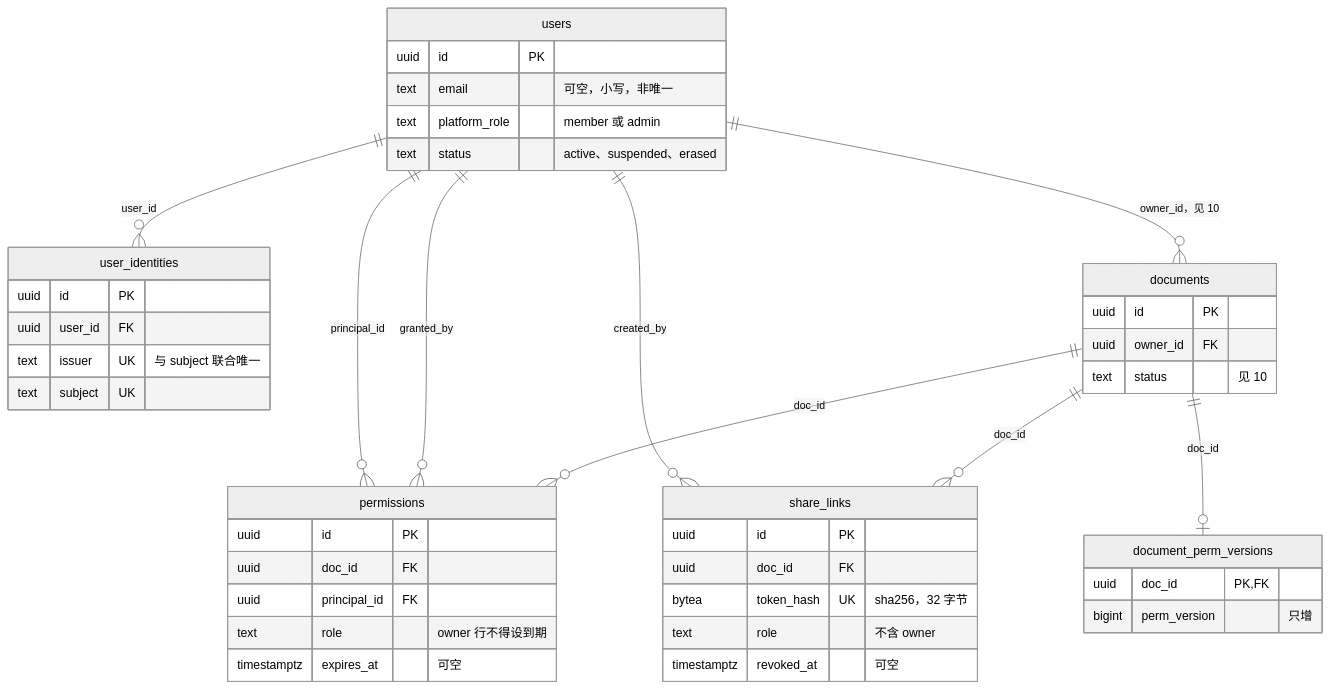
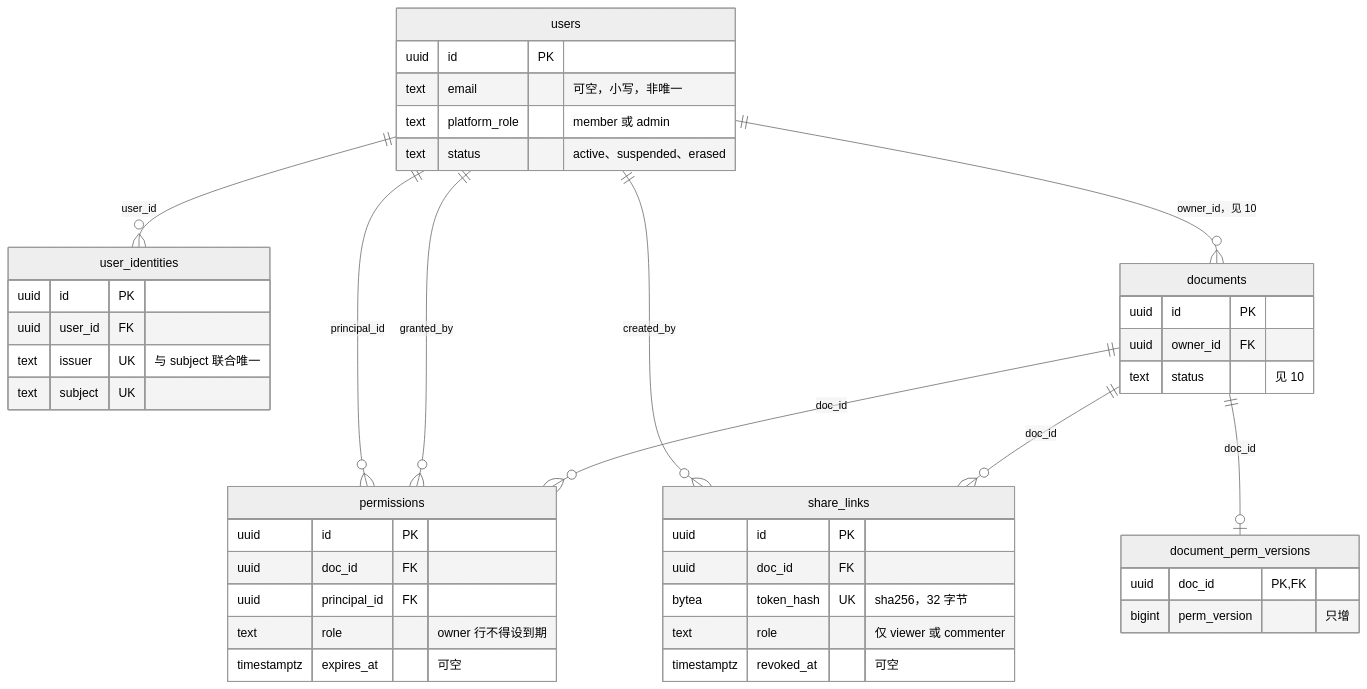
The second of 3 diagrams in docs/60-backend/09-ddl-identity-and-access.md (Xeonice/cordis-ppt-editor), drawn with Mermaid (neutral theme) before and after one commit. The commit also changed other lines of this file and 16 other files, not shown here.

````diff
--- a/docs/60-backend/09-ddl-identity-and-access.md
+++ b/docs/60-backend/09-ddl-identity-and-access.md
@@ -769,17 +769,17 @@
 ```mermaid
 erDiagram
   users ||--o{ user_identities : "user_id"
   users ||--o{ permissions : "principal_id"
   users ||--o{ permissions : "granted_by"
   users ||--o{ share_links : "created_by"
   users ||--o{ documents : "owner_id，见 10"
   documents ||--o{ permissions : "doc_id"
   documents ||--o| document_perm_versions : "doc_id"
   documents ||--o{ share_links : "doc_id"
   users { uuid id PK text email "可空，小写，非唯一" text platform_role "member 或 admin" text status "active、suspended、erased" }
   user_identities { uuid id PK uuid user_id FK text issuer UK "与 subject 联合唯一" text subject UK }
   permissions { uuid id PK uuid doc_id FK uuid principal_id FK text role "owner 行不得设到期" timestamptz expires_at "可空" }
   document_perm_versions { uuid doc_id PK,FK bigint perm_version "只增" }
-  share_links { uuid id PK uuid doc_id FK bytea token_hash UK "sha256，32 字节" text role "不含 owner" timestamptz revoked_at "可空" }
+  share_links { uuid id PK uuid doc_id FK bytea token_hash UK "sha256，32 字节" text role "仅 viewer 或 commenter" timestamptz revoked_at "可空" }
   documents { uuid id PK uuid owner_id FK text status "见 10" }
 ```
````
